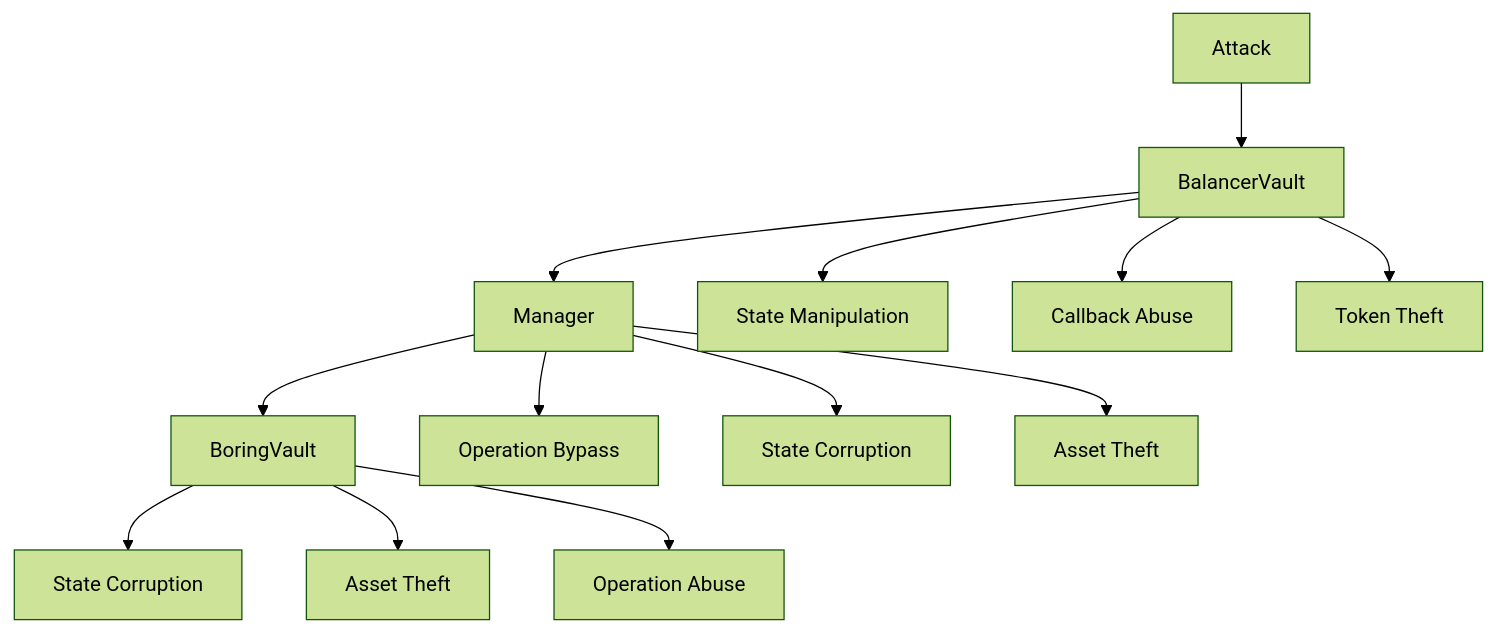
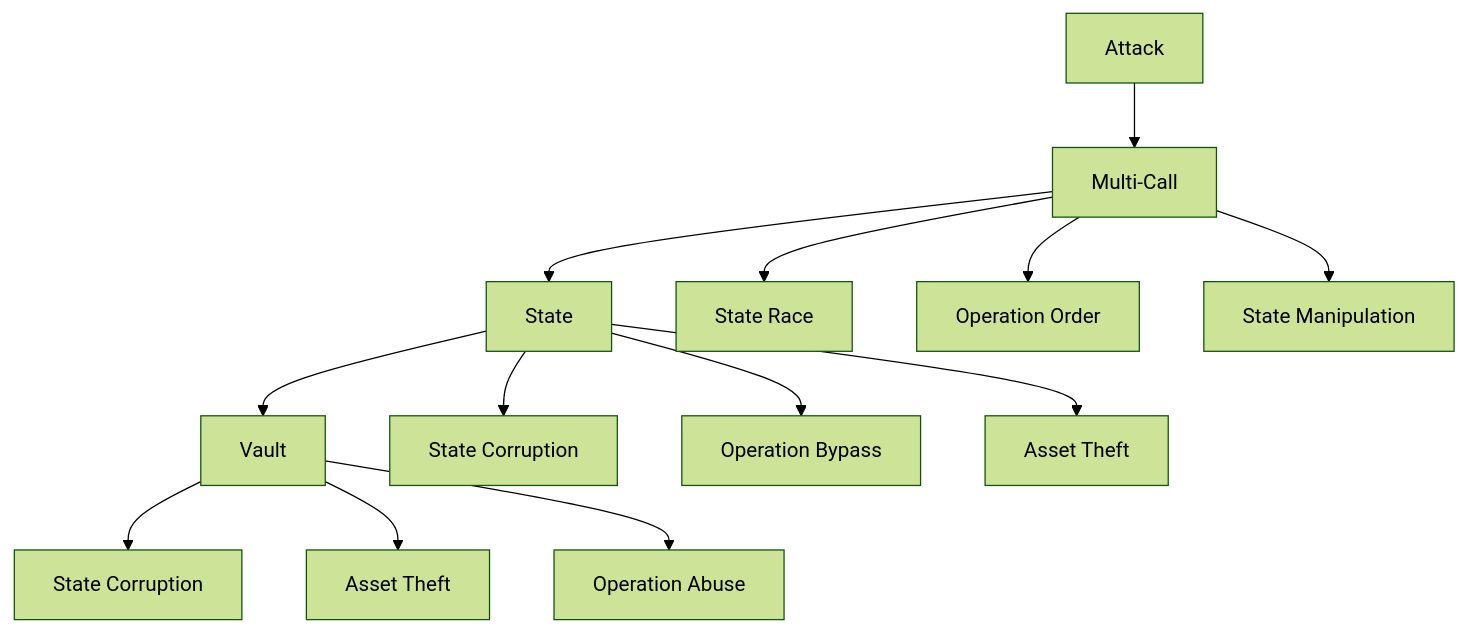
Before and after one commit to Merlinchain-io/boring-vault: diagram 26 of 26 in security.md, drawn with Mermaid (forest theme). The commit also changed other lines of this file, not shown here.

````diff
--- a/security.md
+++ b/security.md
@@ -1558,18 +1575,18 @@
    ```mermaid
    graph TD
-       A[Attack] --> B[BalancerVault]
-       B --> C[Manager]
-       C --> D[BoringVault]
+       A[Attack] --> B[Multi-Call]
+       B --> C[State]
+       C --> D[Vault]
        
-       B --> B1[State Manipulation]
-       B --> B2[Callback Abuse]
-       B --> B3[Token Theft]
+       B --> B1[State Race]
+       B --> B2[Operation Order]
+       B --> B3[State Manipulation]
        
-       C --> C1[Operation Bypass]
-       C --> C2[State Corruption]
+       C --> C1[State Corruption]
+       C --> C2[Operation Bypass]
        C --> C3[Asset Theft]
        
        D --> D1[State Corruption]
        D --> D2[Asset Theft]
        D --> D3[Operation Abuse]
    ```
````
